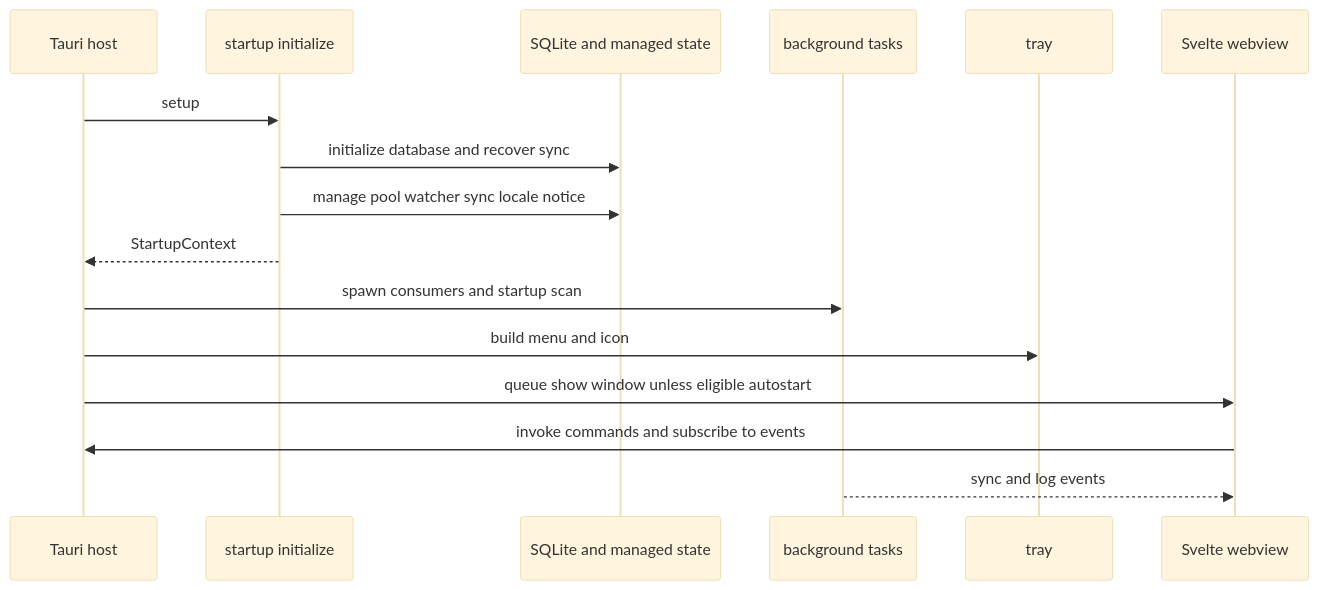
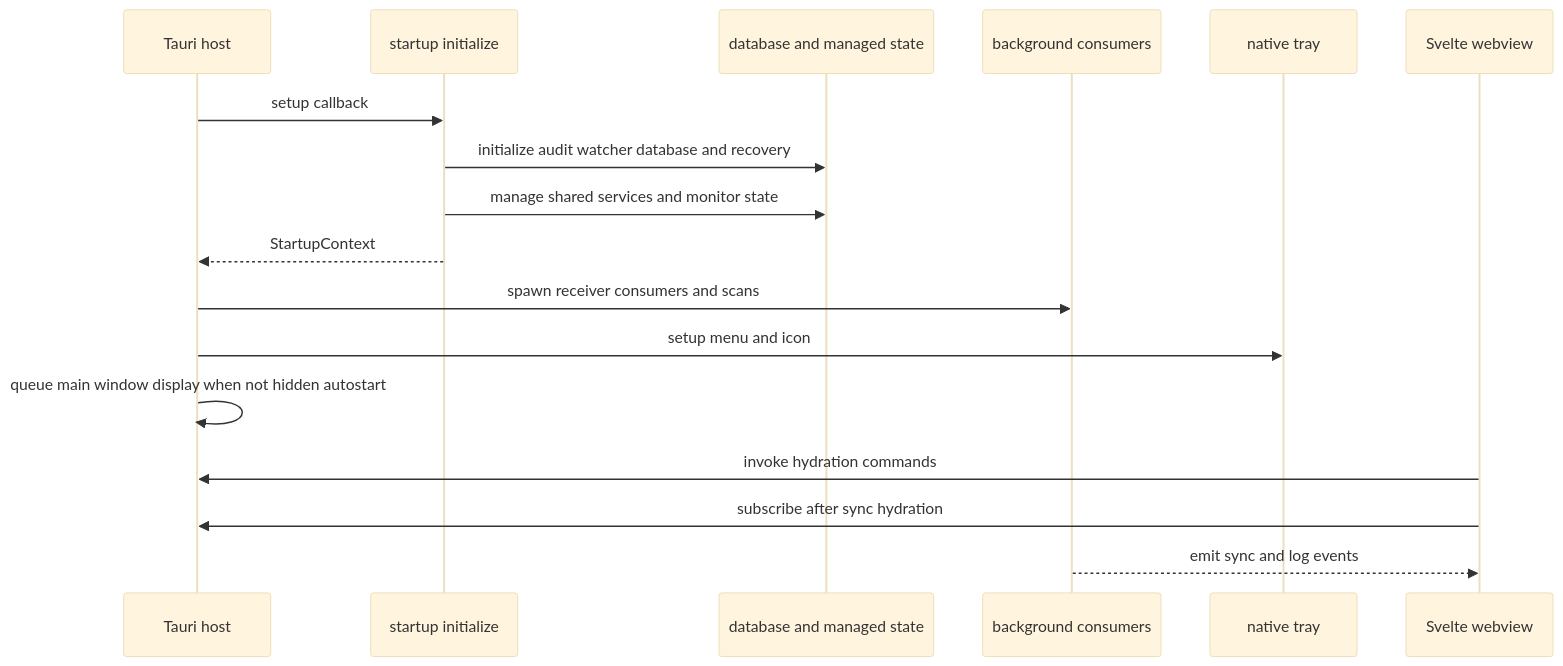
The diagram in openwiki/architecture/runtime.md (xXRoxXeRXx/lymic), drawn with Mermaid (base theme) before and after one commit. The commit also changed other lines of this file and 7 other files, not shown here.

````diff
--- a/openwiki/architecture/runtime.md
+++ b/openwiki/architecture/runtime.md
@@ -41,19 +41,20 @@
 ```mermaid
 sequenceDiagram
     participant Host as Tauri host
     participant Init as startup initialize
-    participant Store as SQLite and managed state
-    participant Bg as background tasks
-    participant Tray as tray
+    participant Store as database and managed state
+    participant Worker as background consumers
+    participant Tray as native tray
     participant Web as Svelte webview
 
-    Host->>Init: setup
-    Init->>Store: initialize database and recover sync
-    Init->>Store: manage pool watcher sync locale notice
+    Host->>Init: setup callback
+    Init->>Store: initialize audit watcher database and recovery
+    Init->>Store: manage shared services and monitor state
     Init-->>Host: StartupContext
-    Host->>Bg: spawn consumers and startup scan
-    Host->>Tray: build menu and icon
-    Host->>Web: queue show window unless eligible autostart
-    Web->>Host: invoke commands and subscribe to events
-    Bg-->>Web: sync and log events
+    Host->>Worker: spawn receiver consumers and scans
+    Host->>Tray: setup menu and icon
+    Host->>Host: queue main window display when not hidden autostart
+    Web->>Host: invoke hydration commands
+    Web->>Host: subscribe after sync hydration
+    Worker-->>Web: emit sync and log events
 ```
````
